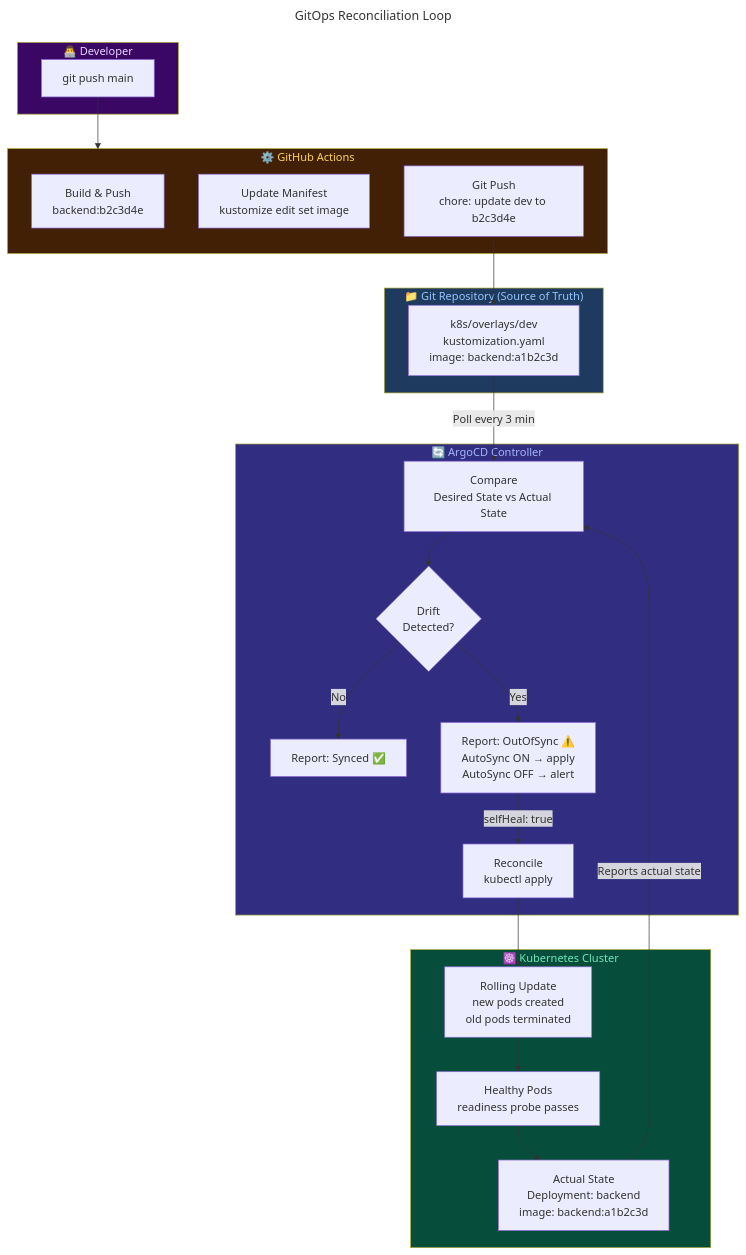
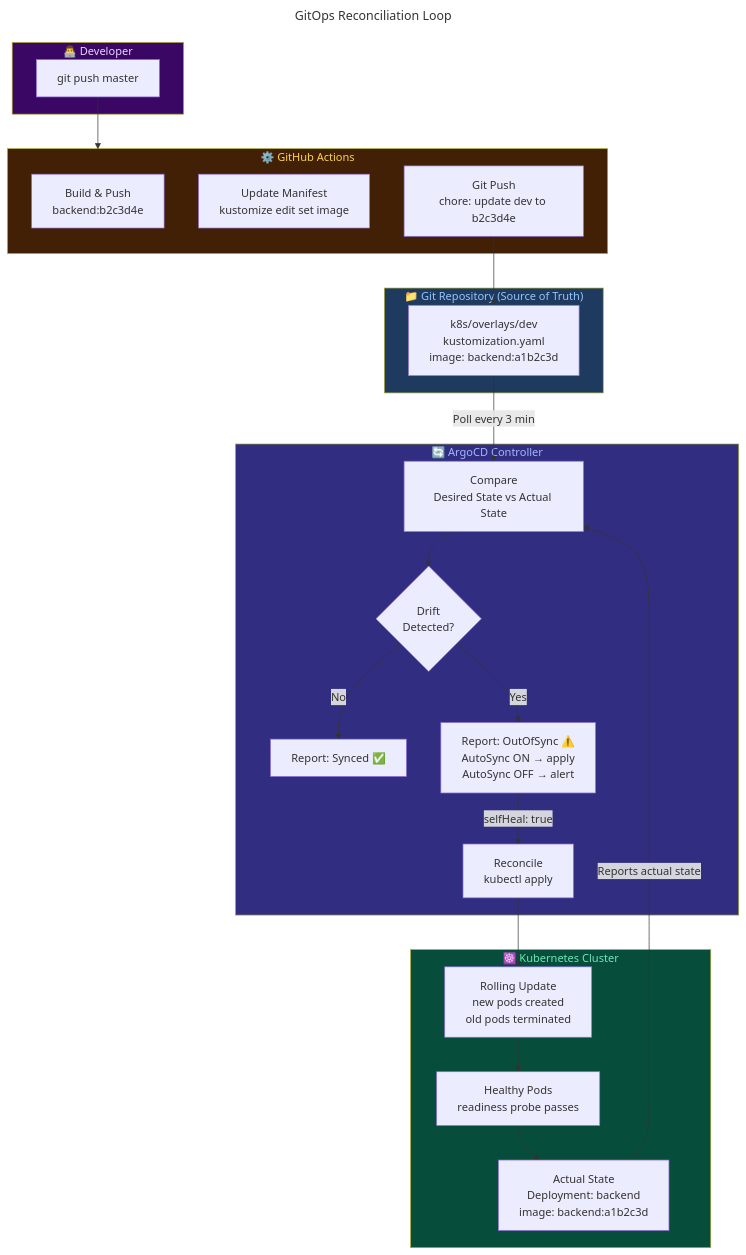
Before and after one commit to Parzivalart3mis/gitops-cicd-pipeline: the diagram in docs/diagrams/gitops-loop.mermaid, drawn with Mermaid. The commit also changed 89 other files, not shown here.

```diff
--- a/docs/diagrams/gitops-loop.mermaid
+++ b/docs/diagrams/gitops-loop.mermaid
@@ -1,49 +1,49 @@
 ---
 title: GitOps Reconciliation Loop
 ---
 graph TB
     subgraph Git ["📁 Git Repository (Source of Truth)"]
         A[k8s/overlays/dev\nkustomization.yaml\nimage: backend:a1b2c3d]
     end
 
     subgraph ArgoCD ["🔄 ArgoCD Controller"]
         B[Compare\nDesired State vs Actual State]
         C{Drift\nDetected?}
         D[Reconcile\nkubectl apply]
         E[Report: Synced ✅]
         F[Report: OutOfSync ⚠️\nAutoSync ON → apply\nAutoSync OFF → alert]
     end
 
     subgraph K8s ["☸️ Kubernetes Cluster"]
         G[Actual State\nDeployment: backend\nimage: backend:a1b2c3d]
         H[Rolling Update\nnew pods created\nold pods terminated]
         I[Healthy Pods\nreadiness probe passes]
     end
 
     subgraph CI ["⚙️ GitHub Actions"]
         J[Build & Push\nbackend:b2c3d4e]
         K[Update Manifest\nkustomize edit set image]
         L[Git Push\nchore: update dev to b2c3d4e]
     end
 
     subgraph Dev ["👨‍💻 Developer"]
-        M[git push main]
+        M[git push master]
     end
 
     M --> CI
     L --> A
     A -->|Poll every 3 min| B
     B --> C
     C -->|No| E
     C -->|Yes| F
     F -->|selfHeal: true| D
     D --> H
     H --> I
     I --> G
     G -->|Reports actual state| B
 
     style Git fill:#1e3a5f,color:#93c5fd
     style ArgoCD fill:#312e81,color:#a5b4fc
     style K8s fill:#064e3b,color:#6ee7b7
     style CI fill:#422006,color:#fcd34d
     style Dev fill:#3b0764,color:#e9d5ff
```
